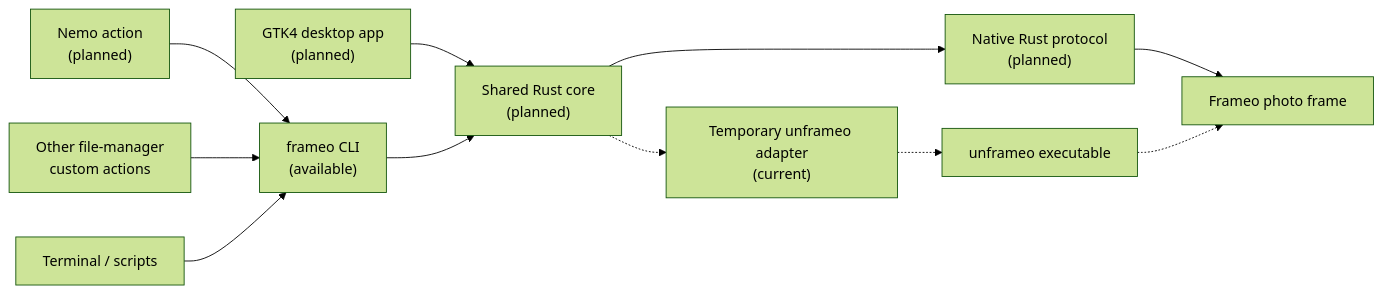
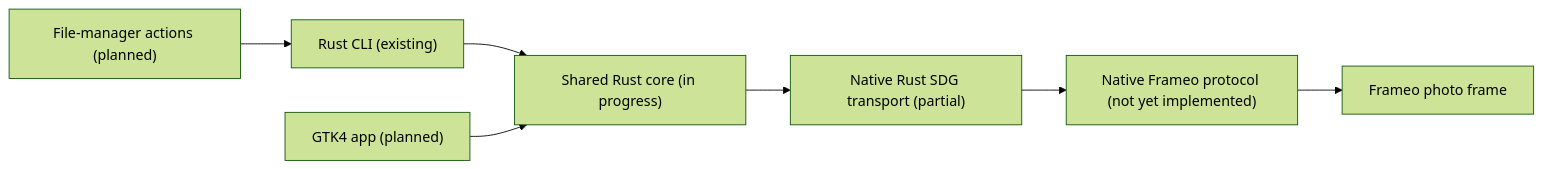
Before and after one commit to stiffes/frameo-linux: the diagram in README.md, drawn with Mermaid (forest theme). The commit also changed other lines of this file, not shown here.

Commit message:
docs: accurately describe native Rust progress and blocked Flatpak

````diff
--- a/README.md
+++ b/README.md
@@ -92,13 +76,9 @@
 ```mermaid
 flowchart LR
-    GTK["GTK4 desktop app<br/>(planned)"] --> CORE["Shared Rust core<br/>(planned)"]
-    NEMO["Nemo action<br/>(planned)"] --> CLI
-    FM["Other file-manager<br/>custom actions"] --> CLI
-    USER["Terminal / scripts"] --> CLI["frameo CLI<br/>(available)"]
-    CLI --> CORE
-    CORE --> NATIVE["Native Rust protocol<br/>(planned)"]
-    CORE -.-> ADAPTER["Temporary unframeo adapter<br/>(current)"]
-    ADAPTER -.-> UNFRAMEO["unframeo executable"]
-    NATIVE --> FRAME["Frameo photo frame"]
-    UNFRAMEO -.-> FRAME
+    CLI["Rust CLI (existing)"] --> CORE["Shared Rust core (in progress)"]
+    GTK["GTK4 app (planned)"] --> CORE
+    FM["File-manager actions (planned)"] --> CLI
+    CORE --> SDG["Native Rust SDG transport (partial)"]
+    SDG --> PROTOCOL["Native Frameo protocol (not yet implemented)"]
+    PROTOCOL --> FRAME["Frameo photo frame"]
 ```
````
